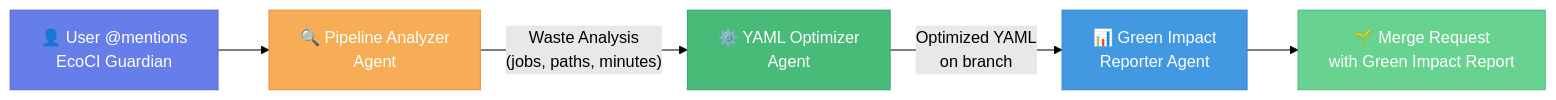
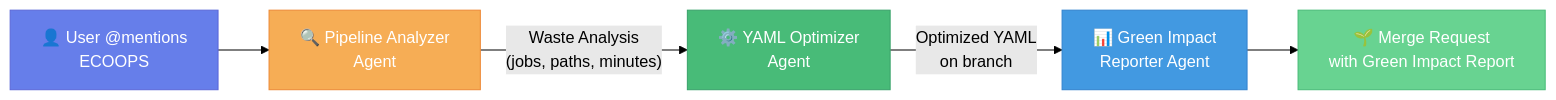
The diagram in README.md (nika619/ecoops), drawn with Mermaid (forest theme) before and after one commit. The commit also changed other lines of this file and 14 other files, not shown here.

Commit message:
Rebrand to ECOOPS - Emission Cost Optimizer Operations Pipeline System

````diff
--- a/README.md
+++ b/README.md
@@ -45,13 +47,13 @@
 ```mermaid
 graph LR
-    A["👤 User @mentions<br/>EcoCI Guardian"] --> B["🔍 Pipeline Analyzer<br/>Agent"]
+    A["👤 User @mentions<br/>ECOOPS"] --> B["🔍 Pipeline Analyzer<br/>Agent"]
     B -->|"Waste Analysis<br/>(jobs, paths, minutes)"| C["⚙️ YAML Optimizer<br/>Agent"]
     C -->|"Optimized YAML<br/>on branch"| D["📊 Green Impact<br/>Reporter Agent"]
     D --> E["🌱 Merge Request<br/>with Green Impact Report"]
 
     style A fill:#667eea,stroke:#5a67d8,color:#fff
     style B fill:#f6ad55,stroke:#ed8936,color:#fff
     style C fill:#48bb78,stroke:#38a169,color:#fff
     style D fill:#4299e1,stroke:#3182ce,color:#fff
     style E fill:#68d391,stroke:#48bb78,color:#fff
 ```
````
